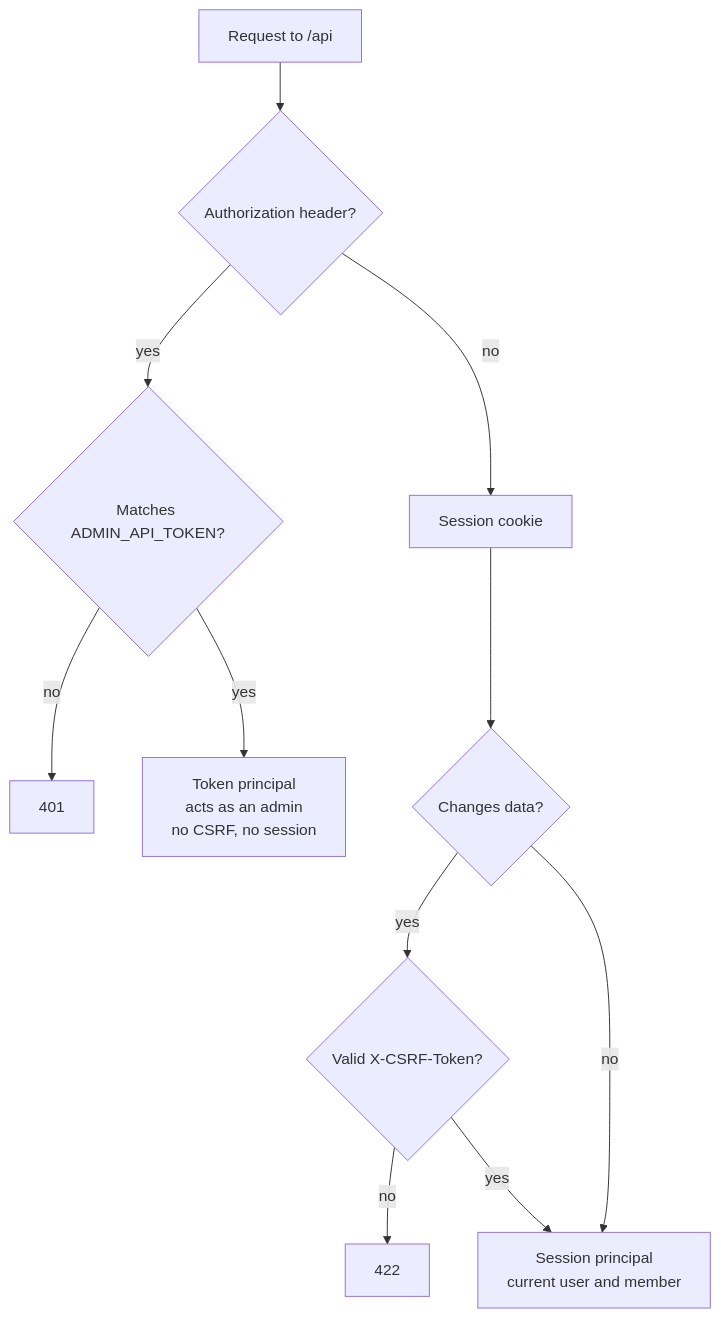
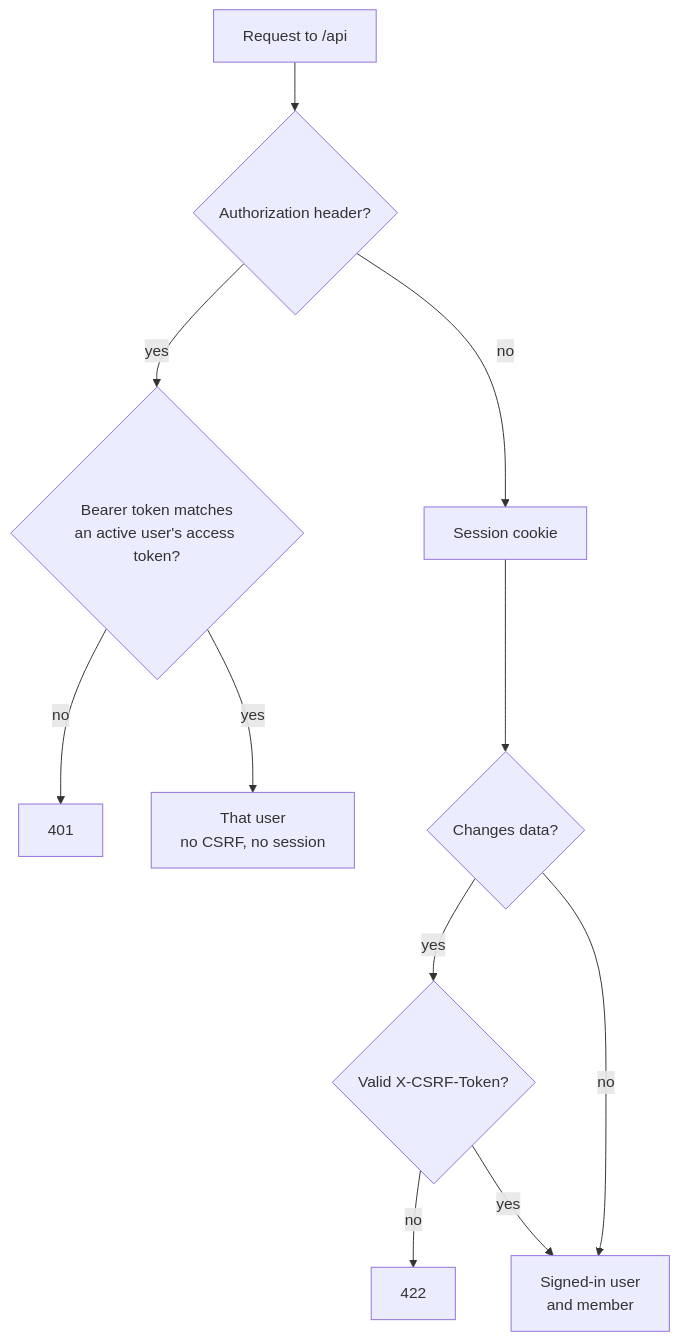
One commit to mrecachinas/standup-bot changed the fifth of 6 diagrams in docs/architecture.md. Above: the diagram before and after it, drawn with Mermaid. The commit also changed other lines of this file and 35 other files, not shown here.

First line of the commit message:
Make API tokens per-user and remove ADMIN_API_TOKEN

````diff
--- a/docs/architecture.md
+++ b/docs/architecture.md
@@ -169,13 +169,13 @@
 ```mermaid
 flowchart TD
     R[Request to /api] --> H{Authorization header?}
-    H -->|yes| T{Matches ADMIN_API_TOKEN?}
+    H -->|yes| T{Bearer token matches<br/>an active user's access token?}
     T -->|no| U401[401]
-    T -->|yes| TP[Token principal<br/>acts as an admin<br/>no CSRF, no session]
+    T -->|yes| TP[That user<br/>no CSRF, no session]
     H -->|no| S[Session cookie]
     S --> C{Changes data?}
     C -->|yes| X{Valid X-CSRF-Token?}
     X -->|no| E422[422]
-    X -->|yes| SP[Session principal<br/>current user and member]
+    X -->|yes| SP[Signed-in user<br/>and member]
     C -->|no| SP
 ```
````
